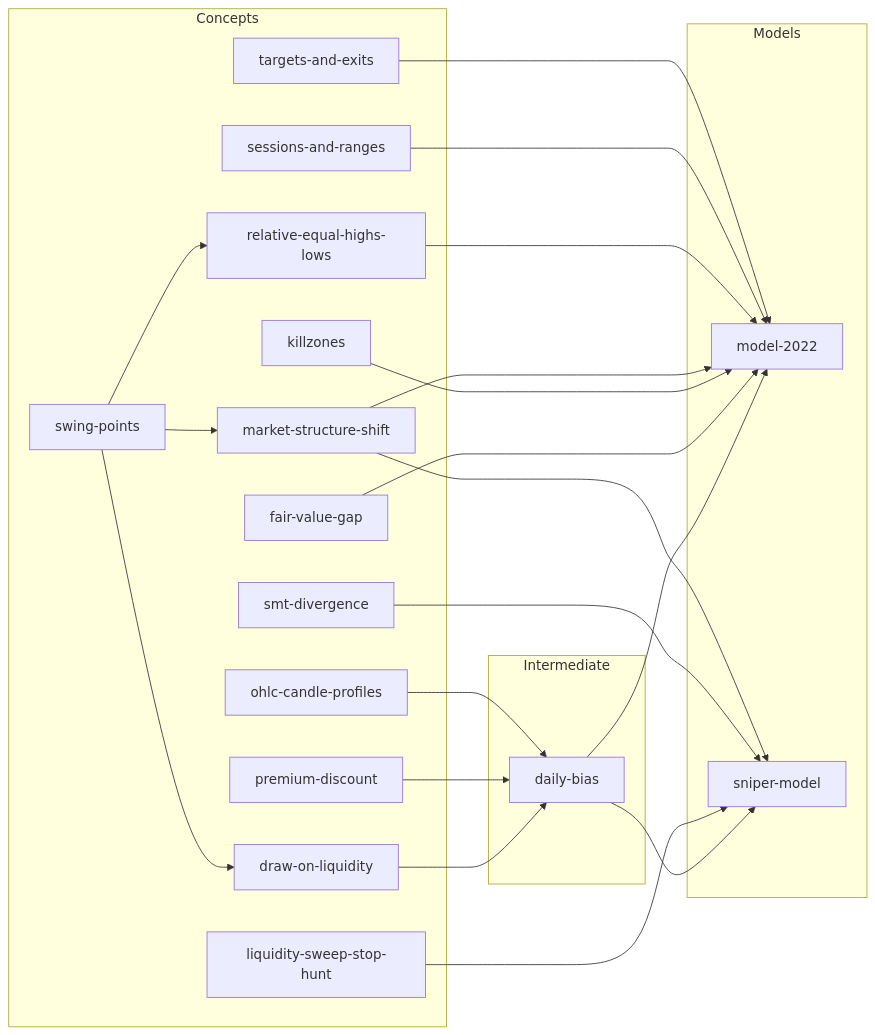
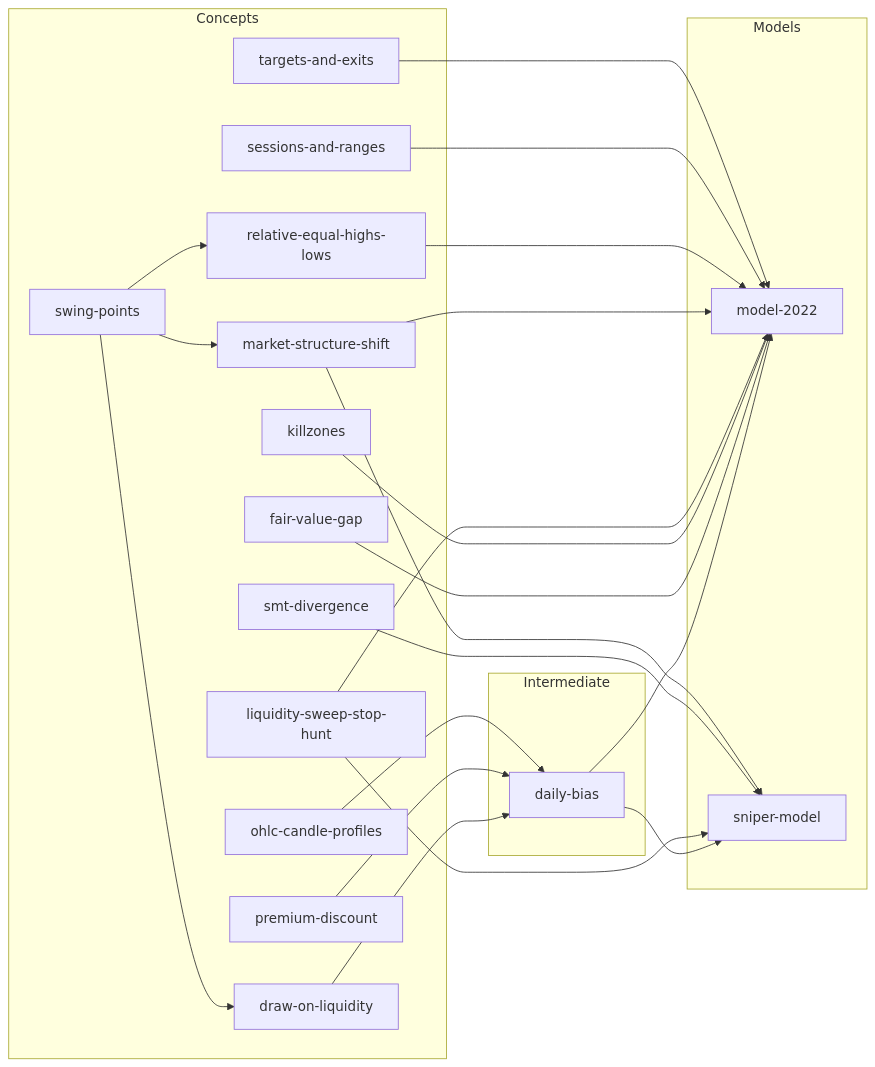
The diagram in README.md (brodenbeck1/ict_trading), drawn with Mermaid before and after one commit. The commit also changed 14 other files, not shown here.

````diff
--- a/README.md
+++ b/README.md
@@ -72,42 +72,43 @@
 ```mermaid
 flowchart LR
     subgraph Concepts
         draw_on_liquidity["draw-on-liquidity"]
         fair_value_gap["fair-value-gap"]
         killzones["killzones"]
         liquidity_sweep_stop_hunt["liquidity-sweep-stop-hunt"]
         market_structure_shift["market-structure-shift"]
         ohlc_candle_profiles["ohlc-candle-profiles"]
         premium_discount["premium-discount"]
         relative_equal_highs_lows["relative-equal-highs-lows"]
         sessions_and_ranges["sessions-and-ranges"]
         smt_divergence["smt-divergence"]
         swing_points["swing-points"]
         targets_and_exits["targets-and-exits"]
     end
     subgraph Intermediate
         daily_bias["daily-bias"]
     end
     subgraph Models
         model_2022["model-2022"]
         sniper_model["sniper-model"]
     end
 
     draw_on_liquidity --> daily_bias
     premium_discount --> daily_bias
     ohlc_candle_profiles --> daily_bias
     swing_points --> draw_on_liquidity
     swing_points --> market_structure_shift
     daily_bias --> model_2022
     fair_value_gap --> model_2022
     killzones --> model_2022
+    liquidity_sweep_stop_hunt --> model_2022
     market_structure_shift --> model_2022
     relative_equal_highs_lows --> model_2022
     sessions_and_ranges --> model_2022
     targets_and_exits --> model_2022
     swing_points --> relative_equal_highs_lows
     daily_bias --> sniper_model
     liquidity_sweep_stop_hunt --> sniper_model
     smt_divergence --> sniper_model
     market_structure_shift --> sniper_model
 ```
````
